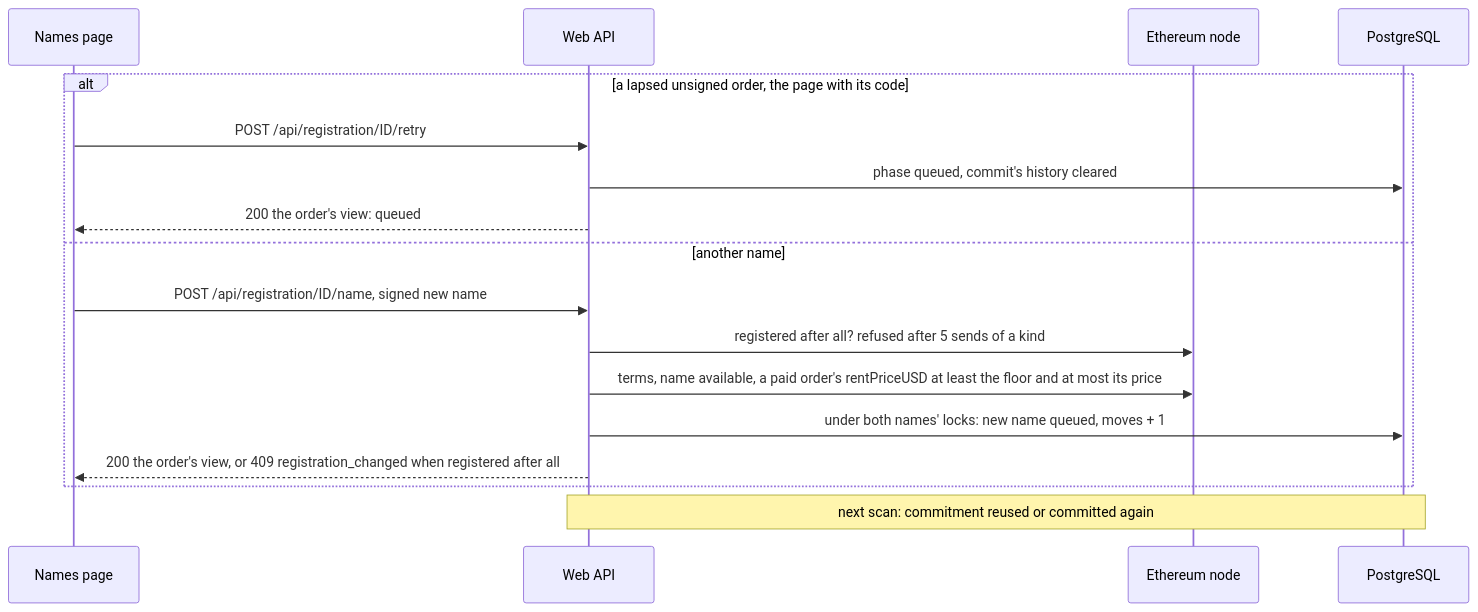
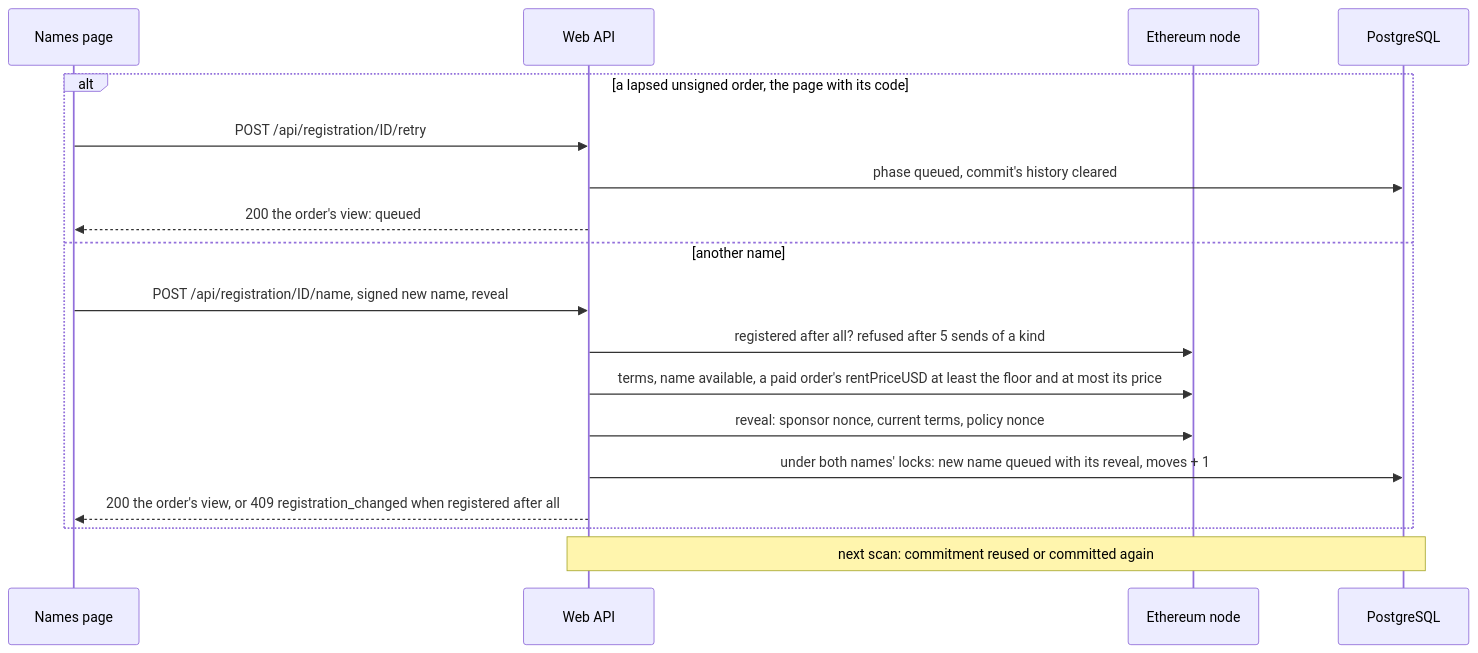
Before and after one commit to simplex-chat/simplex-chat: the seventh of 14 diagrams in apps/simplex-store-service/docs/names.md, drawn with Mermaid. The commit also changed other lines of this file and 27 other files, not shown here.

First line of the commit message:
store: an order includes the owner's signed registration, checked before the invoice, and the service registers the paid name with no page open

````diff
--- a/apps/simplex-store-service/docs/names.md
+++ b/apps/simplex-store-service/docs/names.md
@@ -385,19 +398,20 @@
 ```mermaid
 sequenceDiagram
   participant P as Names page
   participant W as Web API
   participant E as Ethereum node
   participant D as PostgreSQL
   alt a lapsed unsigned order, the page with its code
     P->>W: POST /api/registration/ID/retry
     W->>D: phase queued, commit's history cleared
     W-->>P: 200 the order's view: queued
   else another name
-    P->>W: POST /api/registration/ID/name, signed new name
+    P->>W: POST /api/registration/ID/name, signed new name, reveal
     W->>E: registered after all? refused after 5 sends of a kind
     W->>E: terms, name available, a paid order's rentPriceUSD at least the floor and at most its price
-    W->>D: under both names' locks: new name queued, moves + 1
+    W->>E: reveal: sponsor nonce, current terms, policy nonce
+    W->>D: under both names' locks: new name queued with its reveal, moves + 1
     W-->>P: 200 the order's view, or 409 registration_changed when registered after all
   end
   Note over W,D: next scan: commitment reused or committed again
 ```
````
